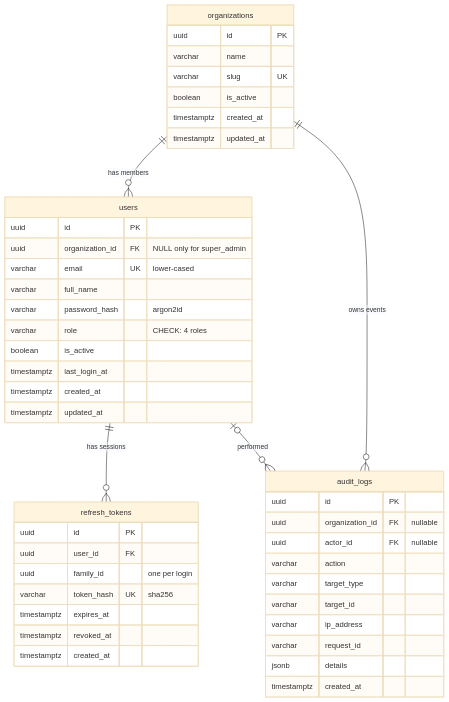
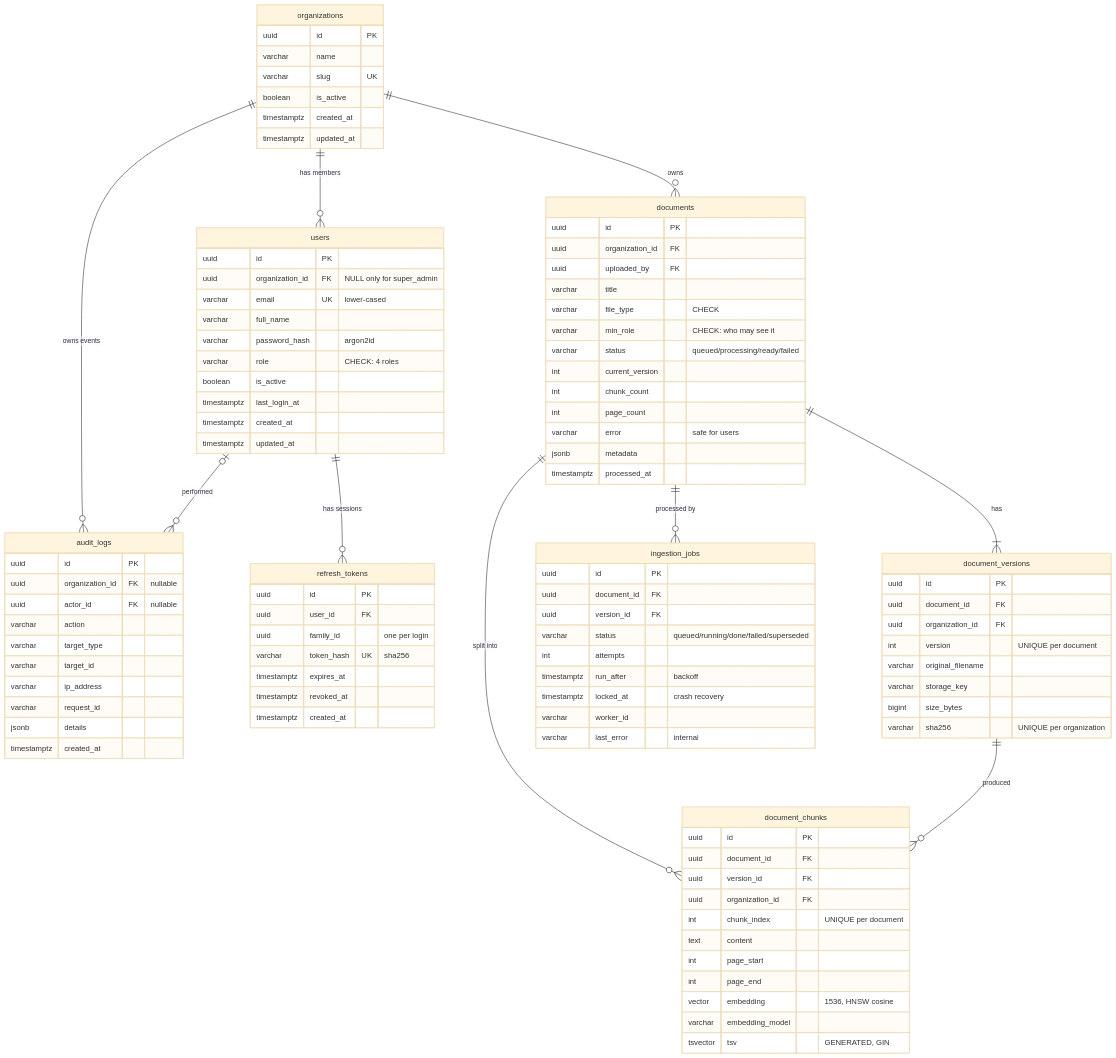
Before and after one commit to AdityaTiwarime/nexusai: the diagram in docs/database-design.md, drawn with Mermaid (base theme). The commit also changed other lines of this file and 62 other files, not shown here.

Commit message:
Phase 3: document intelligence - upload, parsing, chunking, embeddings, worker, rate limiting

````diff
--- a/docs/database-design.md
+++ b/docs/database-design.md
@@ -10,6 +10,11 @@
     organizations ||--o{ audit_logs : "owns events"
     users ||--o{ refresh_tokens : "has sessions"
     users |o--o{ audit_logs : "performed"
+    organizations ||--o{ documents : "owns"
+    documents ||--|{ document_versions : "has"
+    documents ||--o{ document_chunks : "split into"
+    document_versions ||--o{ document_chunks : "produced"
+    documents ||--o{ ingestion_jobs : "processed by"
 
     organizations {
         uuid id PK
@@ -52,4 +57,53 @@
         jsonb details
         timestamptz created_at
     }
+    documents {
+        uuid id PK
+        uuid organization_id FK
+        uuid uploaded_by FK
+        varchar title
+        varchar file_type "CHECK"
+        varchar min_role "CHECK: who may see it"
+        varchar status "queued/processing/ready/failed"
+        int current_version
+        int chunk_count
+        int page_count
+        varchar error "safe for users"
+        jsonb metadata
+        timestamptz processed_at
+    }
+    document_versions {
+        uuid id PK
+        uuid document_id FK
+        uuid organization_id FK
+        int version "UNIQUE per document"
+        varchar original_filename
+        varchar storage_key
+        bigint size_bytes
+        varchar sha256 "UNIQUE per organization"
+    }
+    document_chunks {
+        uuid id PK
+        uuid document_id FK
+        uuid version_id FK
+        uuid organization_id FK
+        int chunk_index "UNIQUE per document"
+        text content
+        int page_start
+        int page_end
+        vector embedding "1536, HNSW cosine"
+        varchar embedding_model
+        tsvector tsv "GENERATED, GIN"
+    }
+    ingestion_jobs {
+        uuid id PK
+        uuid document_id FK
+        uuid version_id FK
+        varchar status "queued/running/done/failed/superseded"
+        int attempts
+        timestamptz run_after "backoff"
+        timestamptz locked_at "crash recovery"
+        varchar worker_id
+        varchar last_error "internal"
+    }
 ```
````
